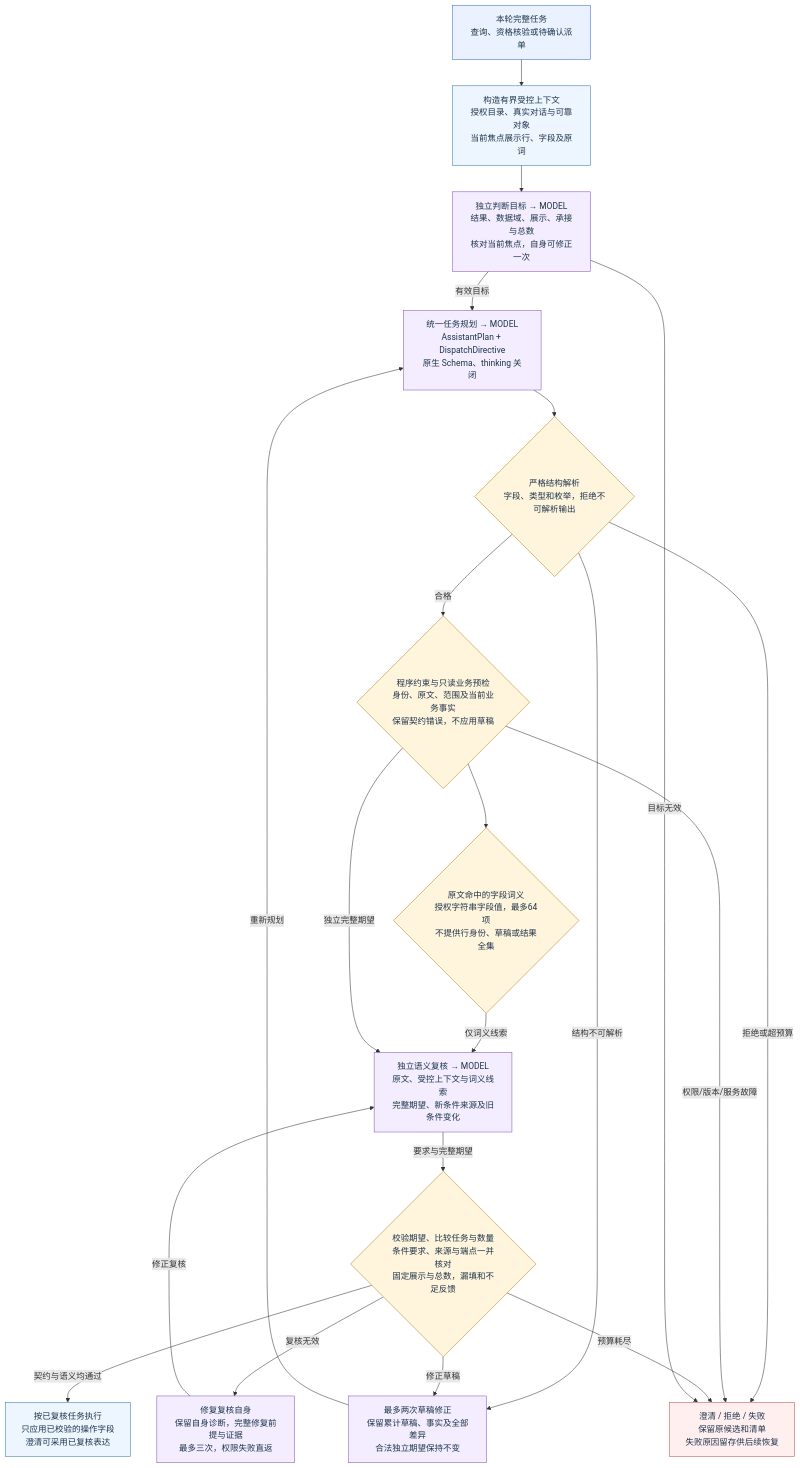
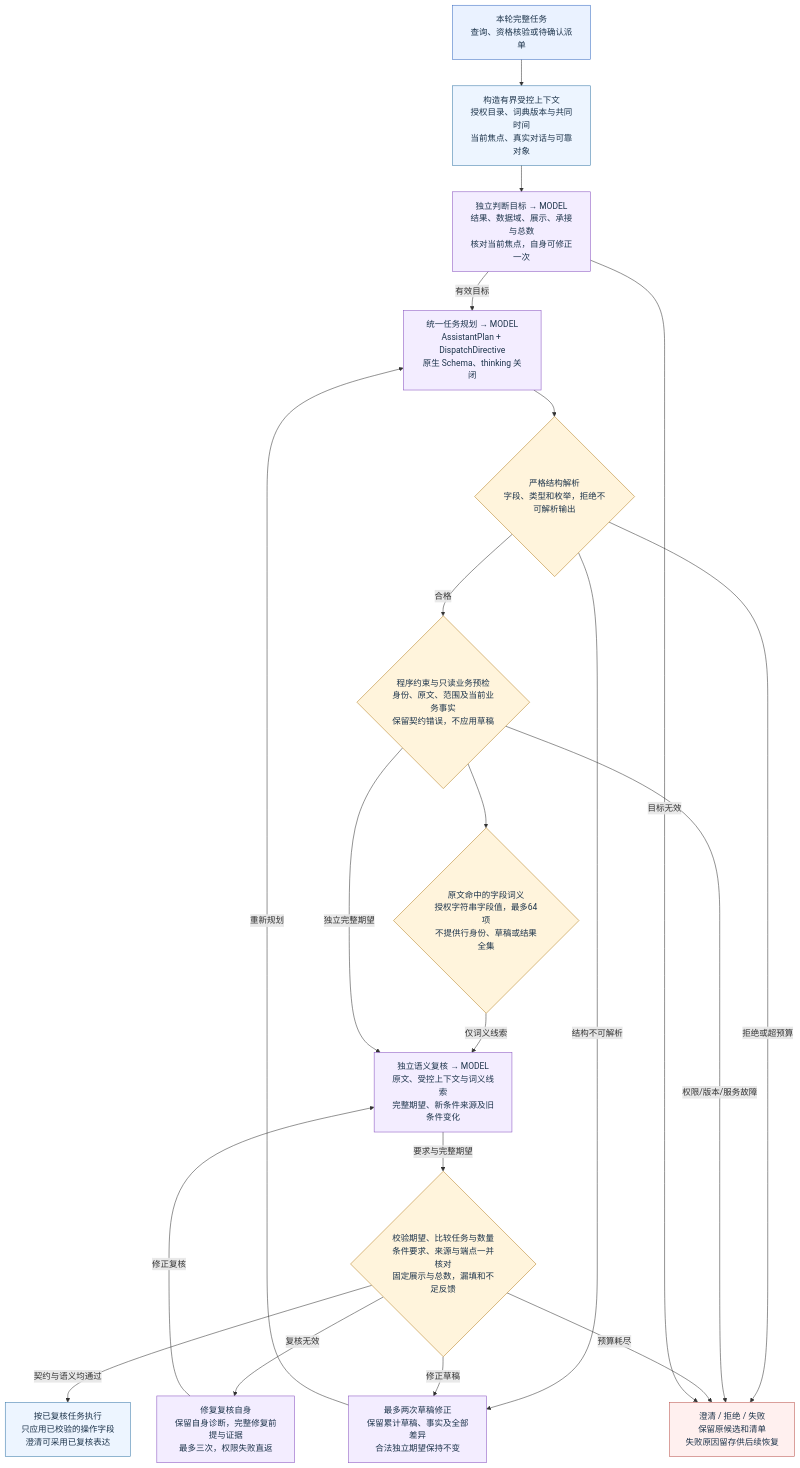
Before and after one commit to QSZJAVA/agent_demo: the diagram in docs/diagrams/demo-final/02.mmd, drawn with Mermaid. The commit also changed 615 other files, not shown here.

```diff
--- a/docs/diagrams/demo-final/02.mmd
+++ b/docs/diagrams/demo-final/02.mmd
@@ -1,40 +1,40 @@
 flowchart TD
   in["本轮完整任务<br/>查询、资格核验或待确认派单"]:::ui
-  context["构造有界受控上下文<br/>授权目录、真实对话与可靠对象<br/>当前焦点展示行、字段及原词"]:::agent
+  context["构造有界受控上下文<br/>授权目录、词典版本与共同时间<br/>当前焦点、真实对话与可靠对象"]:::agent
   model["统一任务规划 → MODEL<br/>AssistantPlan + DispatchDirective<br/>原生 Schema、thinking 关闭"]:::model
   codec{"严格结构解析<br/>字段、类型和枚举，拒绝不可解析输出"}:::guard
   retry["最多两次草稿修正<br/>保留累计草稿、事实及全部差异<br/>合法独立期望保持不变"]:::model
   draft{"程序约束与只读业务预检<br/>身份、原文、范围及当前业务事实<br/>保留契约错误，不应用草稿"}:::guard
   terms{"原文命中的字段词义<br/>授权字符串字段值，最多64项<br/>不提供行身份、草稿或结果全集"}:::guard
   purpose["独立判断目标 → MODEL<br/>结果、数据域、展示、承接与总数<br/>核对当前焦点，自身可修正一次"]:::model
   review["独立语义复核 → MODEL<br/>原文、受控上下文与词义线索<br/>完整期望、新条件来源及旧条件变化"]:::model
   compare{"校验期望、比较任务与数量<br/>条件要求、来源与端点一并核对<br/>固定展示与总数，漏填和不足反馈"}:::guard
   reviewfix["修复复核自身<br/>保留自身诊断，完整修复前提与证据<br/>最多三次，权限失败直返"]:::model
   fail["澄清 / 拒绝 / 失败<br/>保留原候选和清单<br/>失败原因留存供后续恢复"]:::error
   apply["按已复核任务执行<br/>只应用已校验的操作字段<br/>澄清可采用已复核表达"]:::agent
   in --> context
   model --> codec
   codec -->|"合格"| draft
   codec -->|"结构不可解析"| retry
   codec -->|"拒绝或超预算"| fail
   draft --> terms
   terms -->|"仅词义线索"| review
   draft -->|"权限/版本/服务故障"| fail
   review -->|"要求与完整期望"| compare
   compare -->|"契约与语义均通过"| apply
   compare -->|"修正草稿"| retry
   compare -->|"预算耗尽"| fail
   compare -->|"复核无效"| reviewfix
   reviewfix -->|"修正复核"| review
   retry -->|"重新规划"| model
   context --> purpose
   purpose -->|"有效目标"| model
   purpose -->|"目标无效"| fail
   draft -->|"独立完整期望"| review
   classDef ui fill:#eaf2ff,stroke:#386bc1,color:#1e354c
   classDef agent fill:#edf5ff,stroke:#3778a8,color:#1e354c
   classDef model fill:#f3edff,stroke:#8751bf,color:#1e354c
   classDef business fill:#e8f7ef,stroke:#268255,color:#1e354c
   classDef guard fill:#fff4dc,stroke:#b58022,color:#1e354c
   classDef error fill:#fff0ef,stroke:#ba534e,color:#1e354c
   classDef store fill:#edf1f5,stroke:#60768b,color:#1e354c
```
